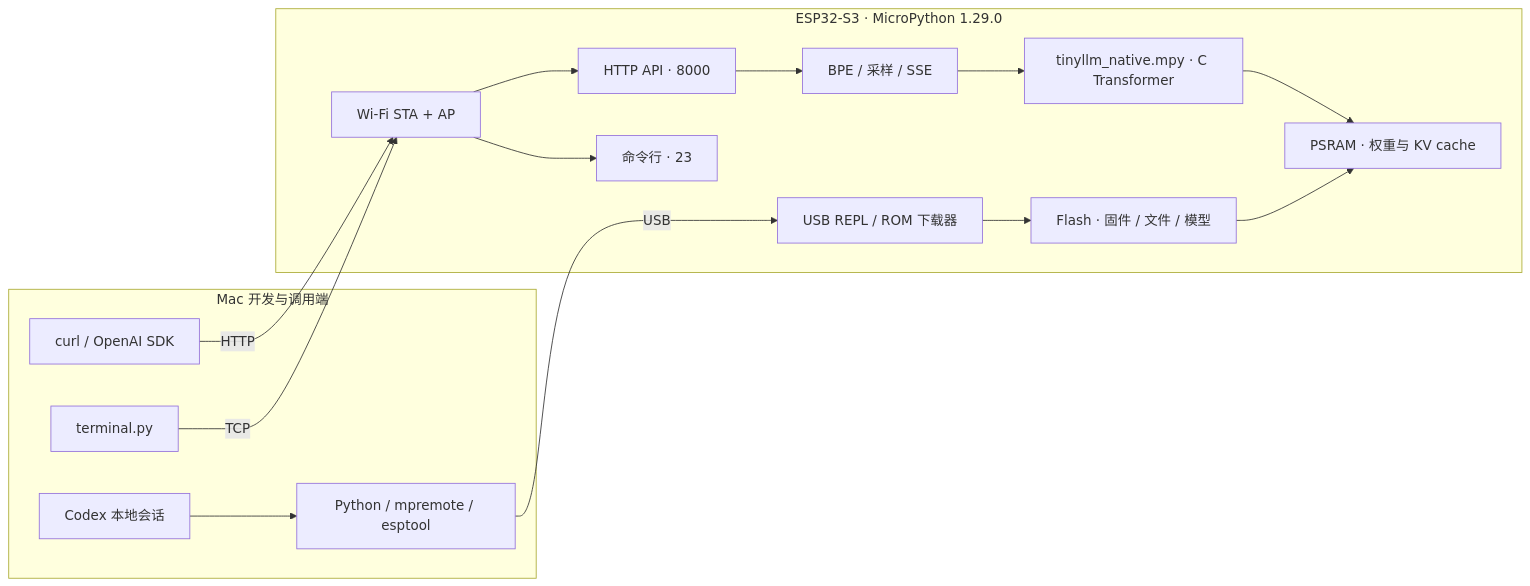
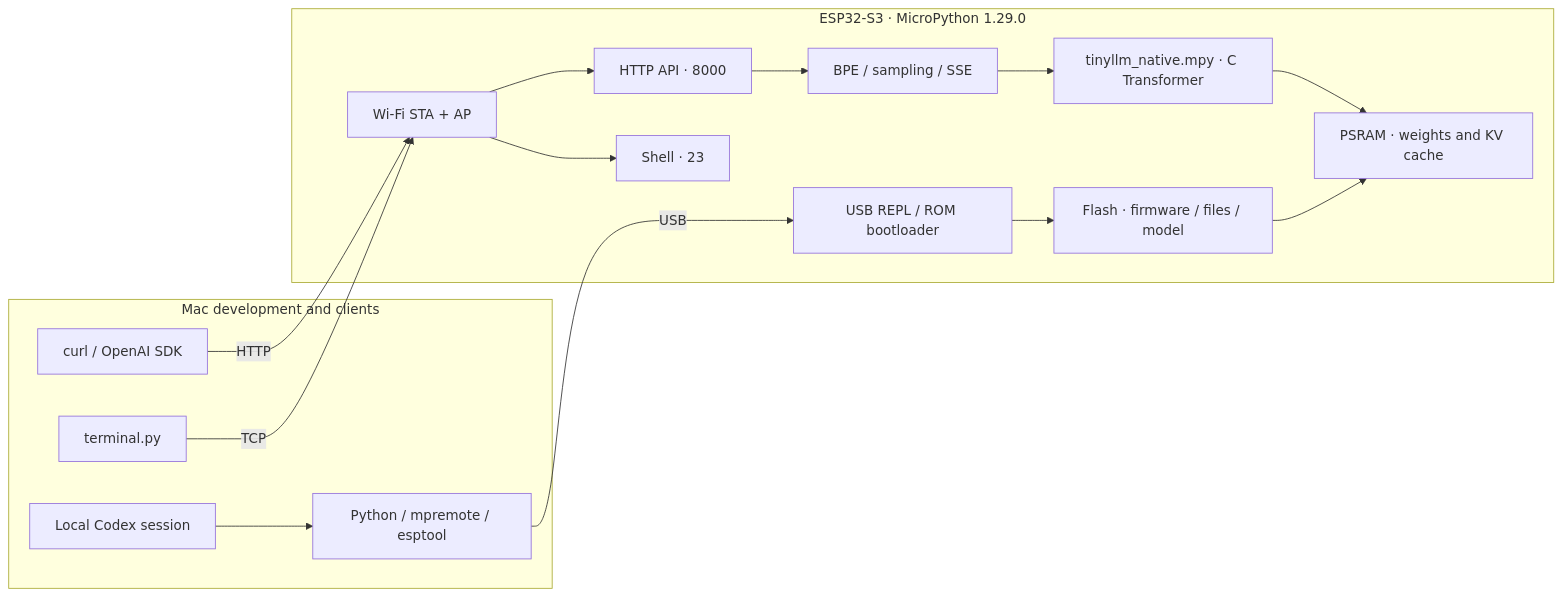
One commit to InfronAI/esp32-llm-service changed the diagram in README.md. Above: the diagram before and after it, drawn with Mermaid. The commit also changed other lines of this file and 29 other files, not shown here.

````diff
--- a/README.md
+++ b/README.md
@@ -22,28 +26,28 @@
 ```mermaid
 flowchart LR
-    subgraph Host[Mac 开发与调用端]
-        Codex[Codex 本地会话]
+    subgraph Host[Mac development and clients]
+        Codex[Local Codex session]
         Tools[Python / mpremote / esptool]
         Client[curl / OpenAI SDK]
         Terminal[terminal.py]
         Codex --> Tools
     end
     subgraph Board[ESP32-S3 · MicroPython 1.29.0]
-        USB[USB REPL / ROM 下载器]
+        USB[USB REPL / ROM bootloader]
         WiFi[Wi-Fi STA + AP]
         HTTP[HTTP API · 8000]
-        Shell[命令行 · 23]
-        Python[BPE / 采样 / SSE]
+        Shell[Shell · 23]
+        Python[BPE / sampling / SSE]
         Native[tinyllm_native.mpy · C Transformer]
-        RAM[PSRAM · 权重与 KV cache]
-        Flash[Flash · 固件 / 文件 / 模型]
+        RAM[PSRAM · weights and KV cache]
+        Flash[Flash · firmware / files / model]
         USB --> Flash
         WiFi --> HTTP
         WiFi --> Shell
         HTTP --> Python --> Native --> RAM
         Flash --> RAM
     end
     Tools -->|USB| USB
     Client -->|HTTP| WiFi
     Terminal -->|TCP| WiFi
 ```
````
